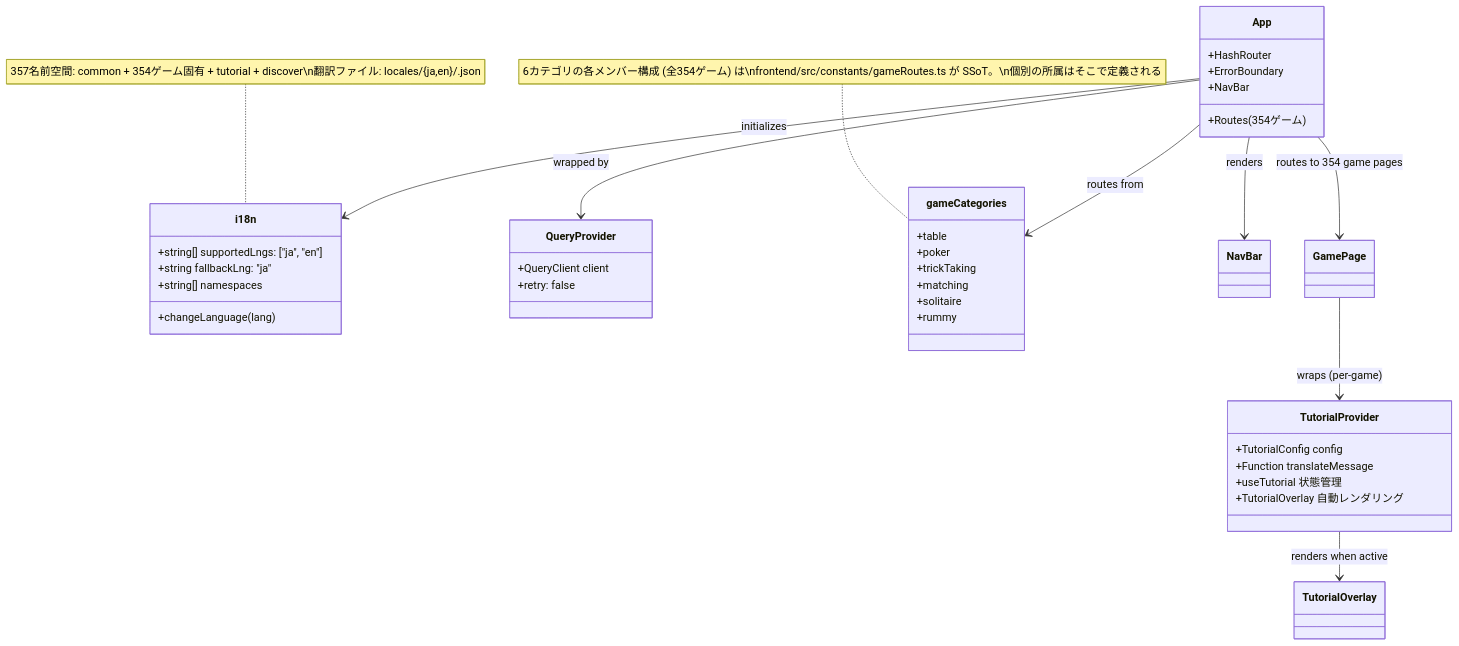
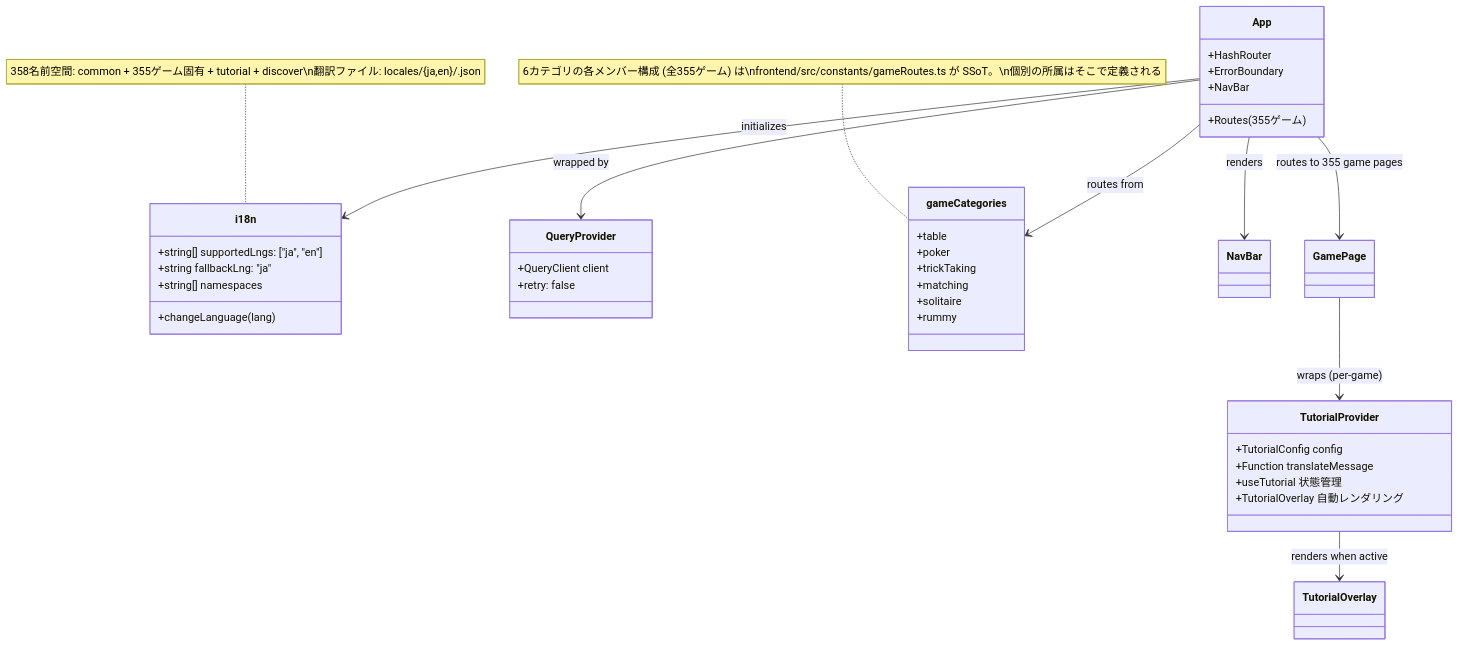
One commit to yuta-yoshinaga/go_trumpcards changed the ninth of 49 diagrams in docs/design/frontend.md. Above: the diagram before and after it, drawn with Mermaid. The commit also changed other lines of this file and 60 other files, not shown here.

````diff
--- a/docs/design/frontend.md
+++ b/docs/design/frontend.md
@@ -1874,48 +1874,48 @@
 ```mermaid
 classDiagram
     class i18n {
         +string[] supportedLngs: ["ja", "en"]
         +string fallbackLng: "ja"
         +string[] namespaces
         +changeLanguage(lang)
     }
 
     class QueryProvider {
         +QueryClient client
         +retry: false
     }
 
     class App {
         +HashRouter
         +ErrorBoundary
         +NavBar
-        +Routes (354ゲーム)
+        +Routes (355ゲーム)
     }
 
     class gameCategories {
         +table
         +poker
         +trickTaking
         +matching
         +solitaire
         +rummy
     }
-    note for gameCategories "6カテゴリの各メンバー構成 (全354ゲーム) は\nfrontend/src/constants/gameRoutes.ts が SSoT。\n個別の所属はそこで定義される"
+    note for gameCategories "6カテゴリの各メンバー構成 (全355ゲーム) は\nfrontend/src/constants/gameRoutes.ts が SSoT。\n個別の所属はそこで定義される"
 
     class TutorialProvider {
         +TutorialConfig config
         +Function translateMessage
         +useTutorial 状態管理
         +TutorialOverlay 自動レンダリング
     }
 
     App --> QueryProvider : wrapped by
     App --> i18n : initializes
     App --> gameCategories : routes from
     App --> NavBar : renders
-    App --> GamePage : routes to 354 game pages
+    App --> GamePage : routes to 355 game pages
     GamePage --> TutorialProvider : wraps (per-game)
     TutorialProvider --> TutorialOverlay : renders when active
 
-    note for i18n "357名前空間: common + 354ゲーム固有 + tutorial + discover\n翻訳ファイル: locales/{ja,en}/<game>.json"
+    note for i18n "358名前空間: common + 355ゲーム固有 + tutorial + discover\n翻訳ファイル: locales/{ja,en}/<game>.json"
 ```
````
